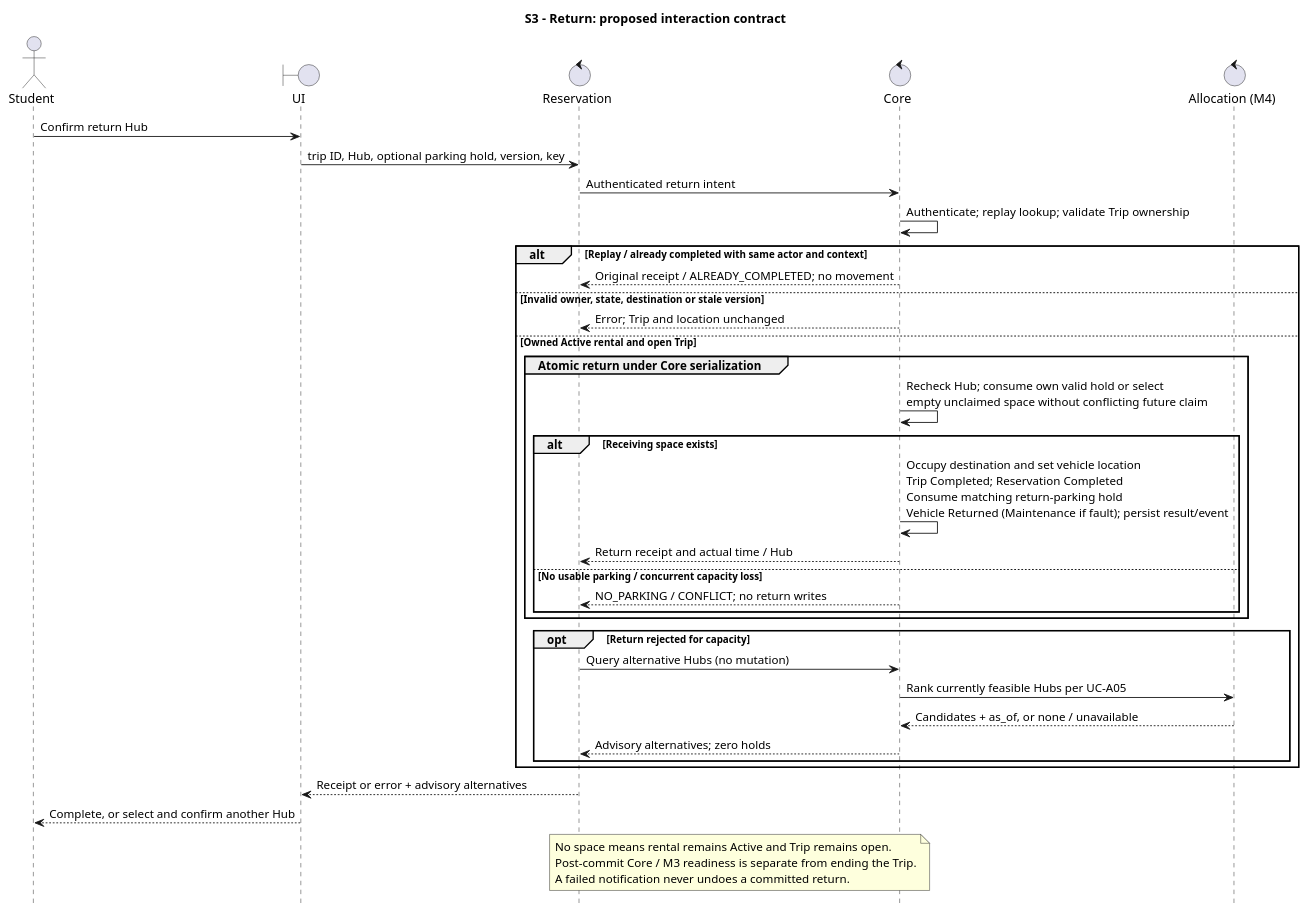
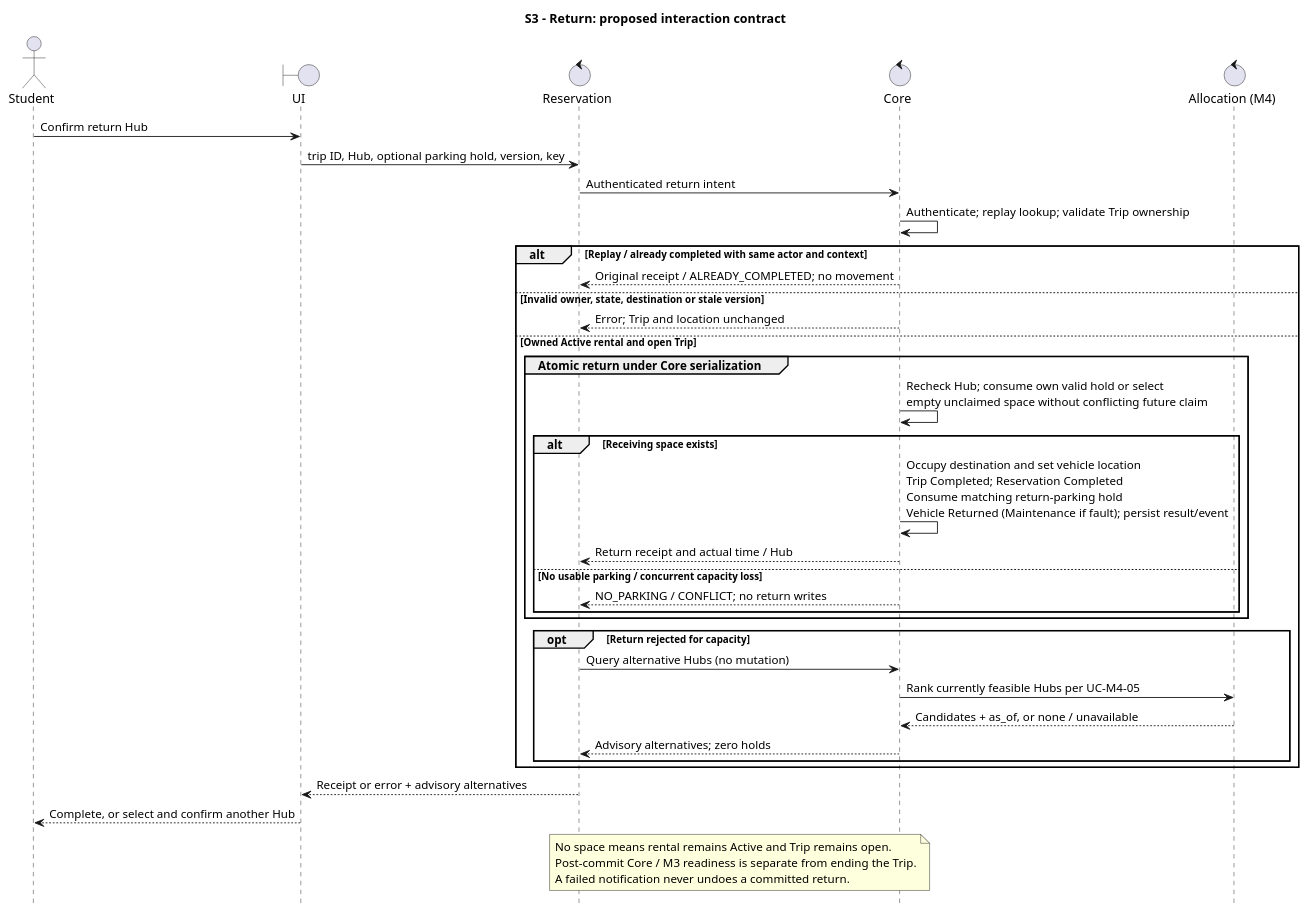
The diagram in docs/design/behavioral/reservation-diagrams/s3-return.puml (MabC06/smart-e-mobility-hub), drawn with PlantUML before and after one commit. The commit also changed 16 other files, not shown here.

```diff
--- a/docs/design/behavioral/reservation-diagrams/s3-return.puml
+++ b/docs/design/behavioral/reservation-diagrams/s3-return.puml
@@ -1,43 +1,43 @@
 @startuml
 title S3 - Return: proposed interaction contract
 skinparam shadowing false
 skinparam defaultFontName Arial
 hide footbox
 actor Student
 boundary UI
 control Reservation
 control Core
 control "Allocation (M4)" as Allocation
 Student -> UI: Confirm return Hub
 UI -> Reservation: trip ID, Hub, optional parking hold, version, key
 Reservation -> Core: Authenticated return intent
 Core -> Core: Authenticate; replay lookup; validate Trip ownership
 alt Replay / already completed with same actor and context
   Core --> Reservation: Original receipt / ALREADY_COMPLETED; no movement
 else Invalid owner, state, destination or stale version
   Core --> Reservation: Error; Trip and location unchanged
 else Owned Active rental and open Trip
   group Atomic return under Core serialization
     Core -> Core: Recheck Hub; consume own valid hold or select\nempty unclaimed space without conflicting future claim
     alt Receiving space exists
       Core -> Core: Occupy destination and set vehicle location\nTrip Completed; Reservation Completed\nConsume matching return-parking hold\nVehicle Returned (Maintenance if fault); persist result/event
       Core --> Reservation: Return receipt and actual time / Hub
     else No usable parking / concurrent capacity loss
       Core --> Reservation: NO_PARKING / CONFLICT; no return writes
     end
   end
   opt Return rejected for capacity
     Reservation -> Core: Query alternative Hubs (no mutation)
-    Core -> Allocation: Rank currently feasible Hubs per UC-A05
+    Core -> Allocation: Rank currently feasible Hubs per UC-M4-05
     Allocation --> Core: Candidates + as_of, or none / unavailable
     Core --> Reservation: Advisory alternatives; zero holds
   end
 end
 Reservation --> UI: Receipt or error + advisory alternatives
 UI --> Student: Complete, or select and confirm another Hub
 note over Reservation,Core
   No space means rental remains Active and Trip remains open.
   Post-commit Core / M3 readiness is separate from ending the Trip.
   A failed notification never undoes a committed return.
 end note
 @enduml
```
